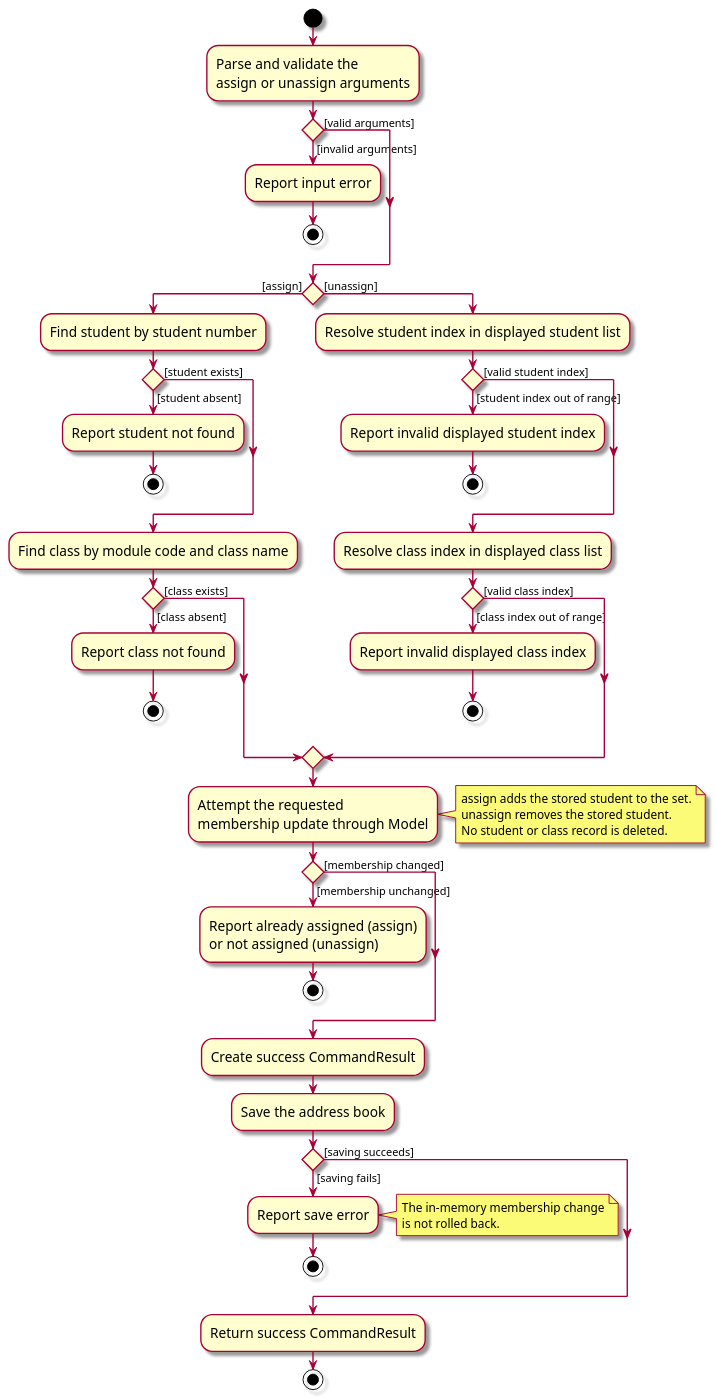
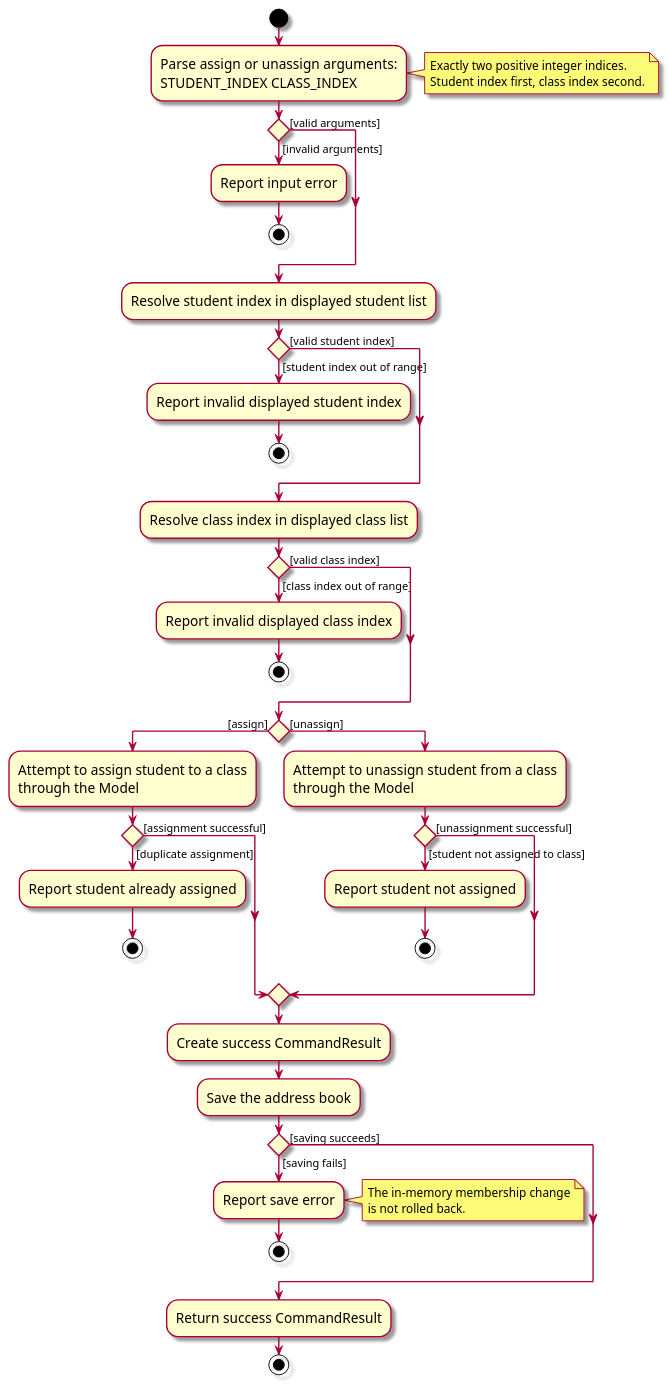
One commit to AY2627S1-CS2103-F10-2/tp changed the diagram in docs/diagrams/AssignUnassignActivityDiagram.puml. Above: the diagram before and after it, drawn with PlantUML. The commit also changed 3 other files, not shown here.

```diff
--- a/docs/diagrams/AssignUnassignActivityDiagram.puml
+++ b/docs/diagrams/AssignUnassignActivityDiagram.puml
@@ -1,74 +1,66 @@
 @startuml
 skin rose
 skinparam ActivityFontSize 15
 skinparam ArrowFontSize 12
 
 start
-:Parse and validate the
-assign or unassign arguments;
+:Parse assign or unassign arguments:
+STUDENT_INDEX CLASS_INDEX;
+note right
+Exactly two positive integer indices.
+Student index first, class index second.
+end note
 
 ' Guards are on the outgoing branches, matching CommitActivityDiagram.puml.
 if () then ([invalid arguments])
     :Report input error;
     stop
 else ([valid arguments])
 endif
 
+:Resolve student index in displayed student list;
+if () then ([student index out of range])
+    :Report invalid displayed student index;
+    stop
+else ([valid student index])
+endif
+:Resolve class index in displayed class list;
+if () then ([class index out of range])
+    :Report invalid displayed class index;
+    stop
+else ([valid class index])
+endif
+
 if () then ([assign])
-    :Find student by student number;
-    if () then ([student absent])
-        :Report student not found;
+    :Attempt to assign student to a class
+    through the Model;
+    if () then ([duplicate assignment])
+        :Report student already assigned;
         stop
-    else ([student exists])
-    endif
-    :Find class by module code and class name;
-    if () then ([class absent])
-        :Report class not found;
-        stop
-    else ([class exists])
+    else ([assignment successful])
     endif
 else ([unassign])
-    :Resolve student index in displayed student list;
-    if () then ([student index out of range])
-        :Report invalid displayed student index;
+    :Attempt to unassign student from a class
+    through the Model;
+    if () then ([student not assigned to class])
+        :Report student not assigned;
         stop
-    else ([valid student index])
+    else ([unassignment successful])
     endif
-    :Resolve class index in displayed class list;
-    if () then ([class index out of range])
-        :Report invalid displayed class index;
-        stop
-    else ([valid class index])
-    endif
-endif
-
-:Attempt the requested
-membership update through Model;
-note right
-assign adds the stored student to the set.
-unassign removes the stored student.
-No student or class record is deleted.
-end note
-
-if () then ([membership unchanged])
-    :Report already assigned (assign)
-    or not assigned (unassign);
-    stop
-else ([membership changed])
 endif
 
 :Create success CommandResult;
 :Save the address book;
 if () then ([saving fails])
     :Report save error;
     note right
     The in-memory membership change
     is not rolled back.
     end note
     stop
 else ([saving succeeds])
 endif
 
 :Return success CommandResult;
 stop
 @enduml
```
